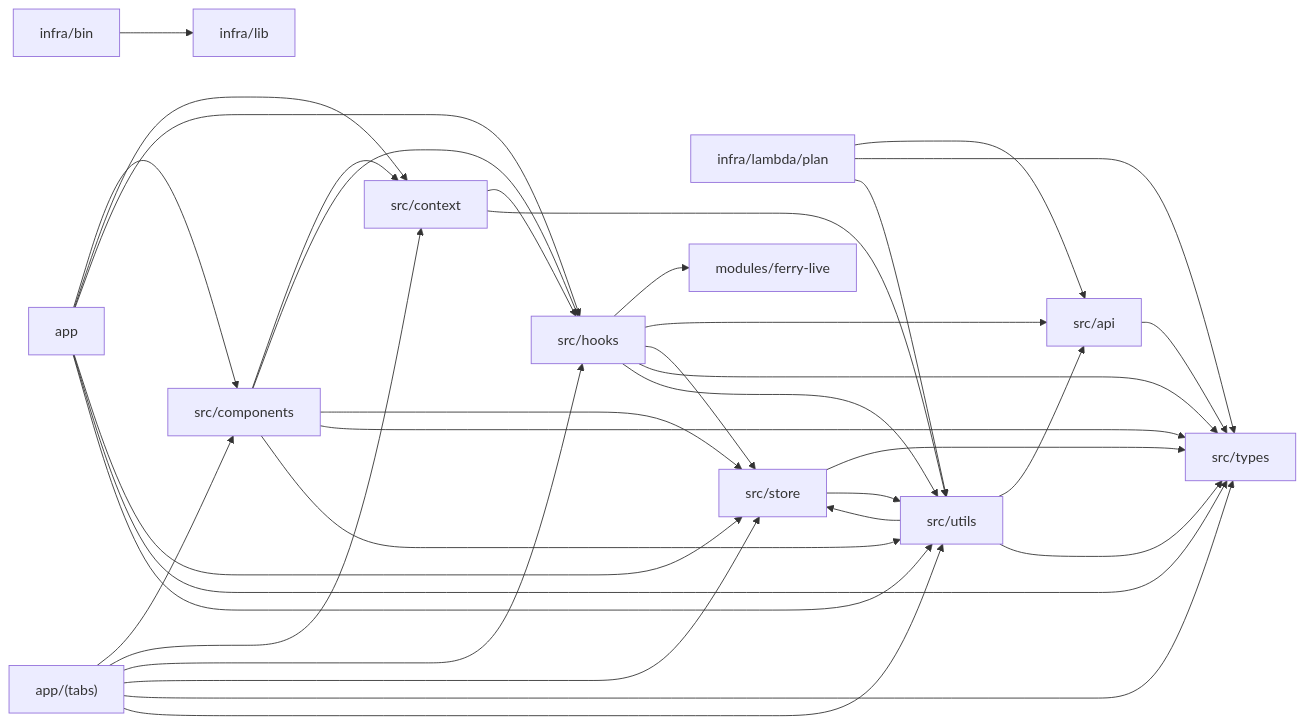
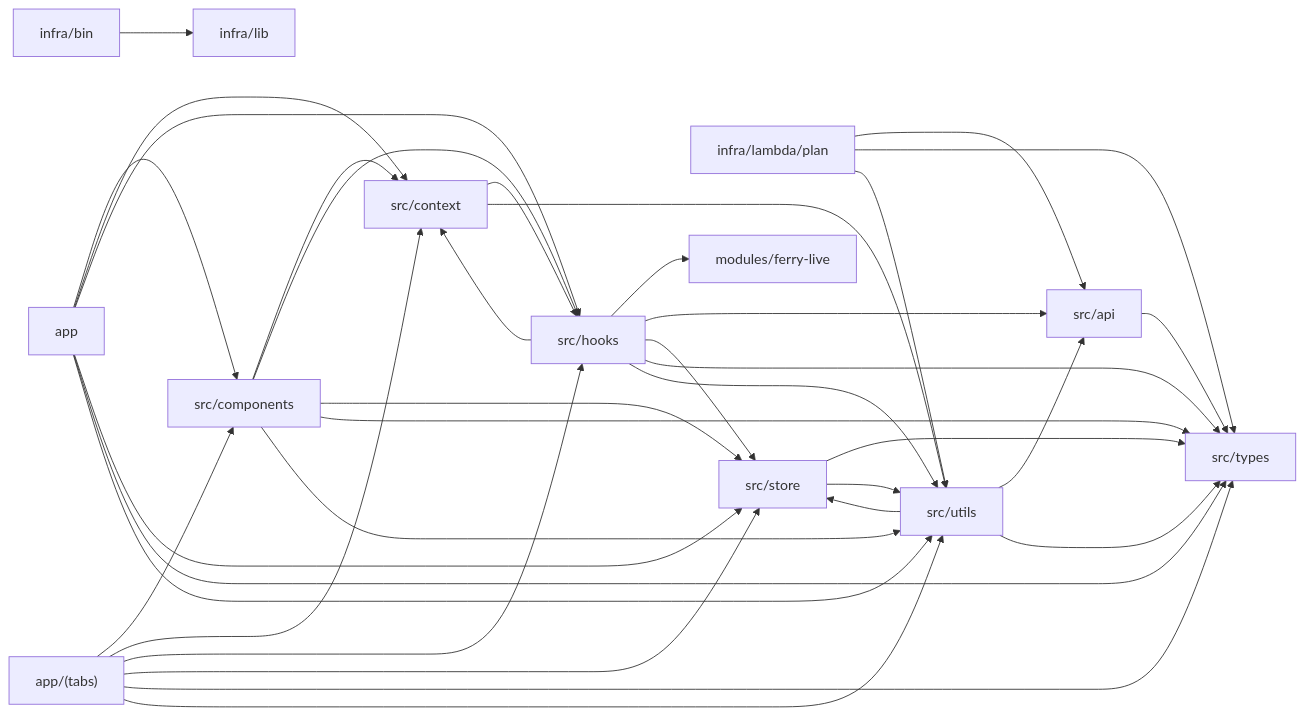
One commit to rufbulldog/ferry-tracker changed the diagram in docs/spec/_systems/architecture.md. Above: the diagram before and after it, drawn with Mermaid. The commit also changed other lines of this file and 49 other files, not shown here.

````diff
--- a/docs/spec/_systems/architecture.md
+++ b/docs/spec/_systems/architecture.md
@@ -20,50 +20,51 @@
 ```mermaid
 flowchart LR
   n_app["app"]
   n_app_tabs["app/(tabs)"]
   n_infra_bin["infra/bin"]
   n_infra_lambda_plan["infra/lambda/plan"]
   n_infra_lib["infra/lib"]
   n_modules_ferry_live["modules/ferry-live"]
   n_src_api["src/api"]
   n_src_components["src/components"]
   n_src_context["src/context"]
   n_src_hooks["src/hooks"]
   n_src_store["src/store"]
   n_src_types["src/types"]
   n_src_utils["src/utils"]
   n_app --> n_src_components
   n_app --> n_src_context
   n_app --> n_src_hooks
   n_app --> n_src_store
   n_app --> n_src_types
   n_app --> n_src_utils
   n_app_tabs --> n_src_components
   n_app_tabs --> n_src_context
   n_app_tabs --> n_src_hooks
   n_app_tabs --> n_src_store
   n_app_tabs --> n_src_types
   n_app_tabs --> n_src_utils
   n_infra_bin --> n_infra_lib
   n_infra_lambda_plan --> n_src_api
   n_infra_lambda_plan --> n_src_types
   n_infra_lambda_plan --> n_src_utils
   n_src_api --> n_src_types
   n_src_components --> n_src_context
   n_src_components --> n_src_hooks
   n_src_components --> n_src_store
   n_src_components --> n_src_types
   n_src_components --> n_src_utils
   n_src_context --> n_src_hooks
   n_src_context --> n_src_utils
   n_src_hooks --> n_modules_ferry_live
   n_src_hooks --> n_src_api
+  n_src_hooks --> n_src_context
   n_src_hooks --> n_src_store
   n_src_hooks --> n_src_types
   n_src_hooks --> n_src_utils
   n_src_store --> n_src_types
   n_src_store --> n_src_utils
   n_src_utils --> n_src_api
   n_src_utils --> n_src_store
   n_src_utils --> n_src_types
 ```
````
